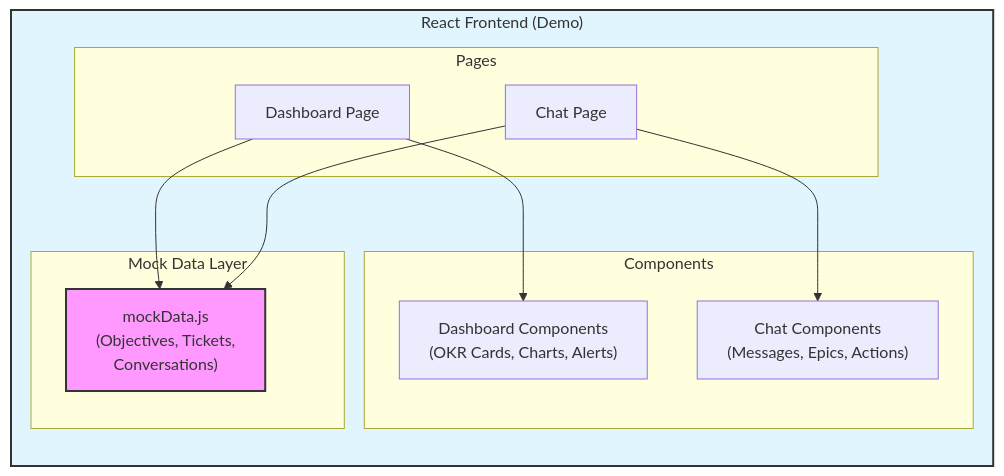
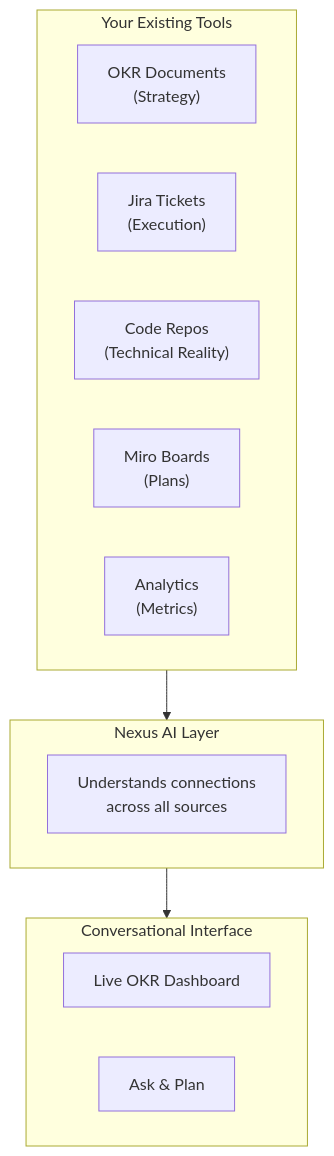
The first of 4 diagrams in writeup.md (sanchit-quinnox/AI4PMs), drawn with Mermaid before and after one commit. The commit also changed other lines of this file, not shown here.

````diff
--- a/writeup.md
+++ b/writeup.md
@@ -520,26 +481,22 @@
 ```mermaid
-flowchart LR
-    subgraph Frontend["React Frontend (Demo)"]
-        subgraph Pages["Pages"]
-            DashboardPage["Dashboard Page"]
-            ChatPage["Chat Page"]
-        end
-        
-        subgraph Components["Components"]
-            DashComponents["Dashboard Components<br/>(OKR Cards, Charts, Alerts)"]
-            ChatComponents["Chat Components<br/>(Messages, Epics, Actions)"]
-        end
-        
-        subgraph Data["Mock Data Layer"]
-            MockData["mockData.js<br/>(Objectives, Tickets,<br/>Conversations)"]
-        end
+flowchart TB
+    subgraph Sources["Your Existing Tools"]
+        OKRs["OKR Documents<br/>(Strategy)"]
+        Jira["Jira Tickets<br/>(Execution)"]
+        Code["Code Repos<br/>(Technical Reality)"]
+        Miro["Miro Boards<br/>(Plans)"]
+        Analytics["Analytics<br/>(Metrics)"]
     end
-    
-    DashboardPage --> DashComponents
-    DashboardPage --> MockData
-    ChatPage --> ChatComponents
-    ChatPage --> MockData
-    
-    style MockData fill:#f9f,stroke:#333,stroke-width:2px
-    style Frontend fill:#e1f5ff,stroke:#333,stroke-width:2px
+
+    subgraph Nexus["Nexus AI Layer"]
+        Intelligence["Understands connections<br/>across all sources"]
+    end
+
+    subgraph Interface["Conversational Interface"]
+        Dashboard["Live OKR Dashboard"]
+        Chat["Ask & Plan"]
+    end
+
+    Sources --> Nexus
+    Nexus --> Interface
 ```
````
